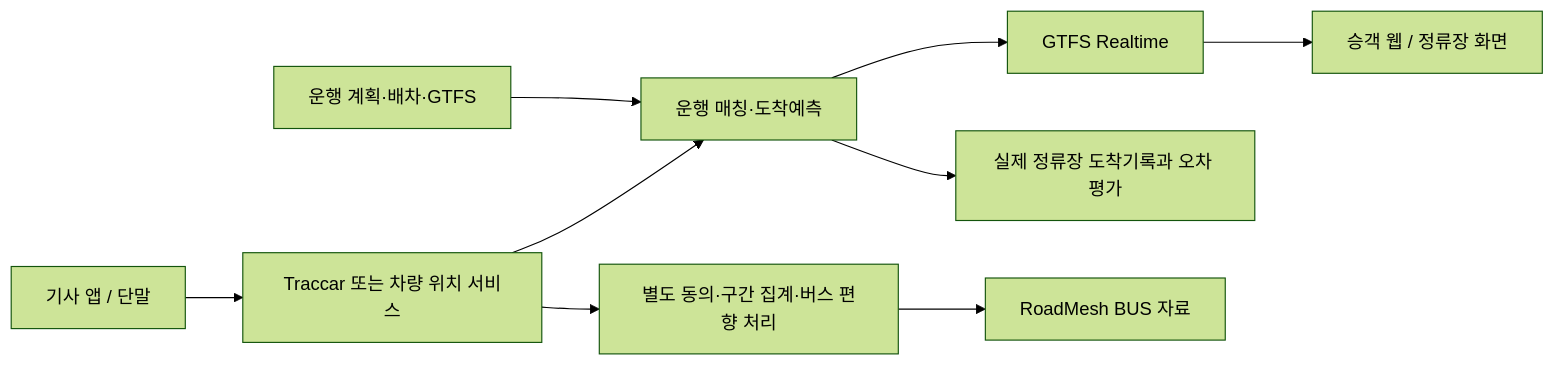
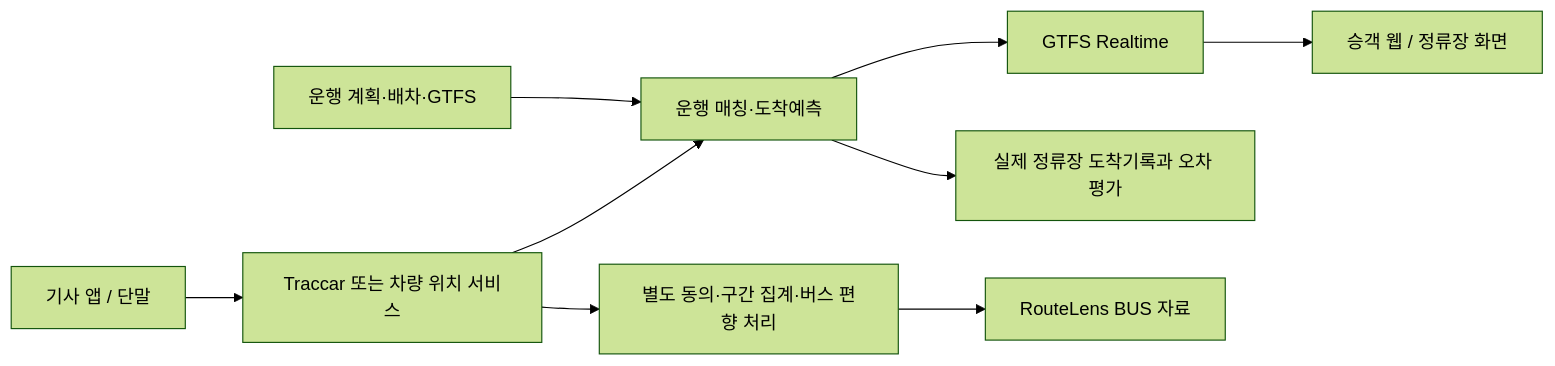
Before and after one commit to dicebattle/roadmesh: the diagram in docs/08-transit-extension.md, drawn with Mermaid (forest theme). The commit also changed 17 other files, not shown here.

Commit message:
feat: adopt RouteLens name and validate M0 evaluation corpora

````diff
--- a/docs/08-transit-extension.md
+++ b/docs/08-transit-extension.md
@@ -25,11 +25,11 @@
 ```mermaid
 flowchart LR
   A[기사 앱 / 단말] --> B[Traccar 또는 차량 위치 서비스]
   C[운행 계획·배차·GTFS] --> D[운행 매칭·도착예측]
   B --> D
   D --> E[GTFS Realtime]
   E --> F[승객 웹 / 정류장 화면]
   D --> G[실제 정류장 도착기록과 오차 평가]
   B --> H[별도 동의·구간 집계·버스 편향 처리]
-  H --> I[RoadMesh BUS 자료]
+  H --> I[RouteLens BUS 자료]
 ```
````
